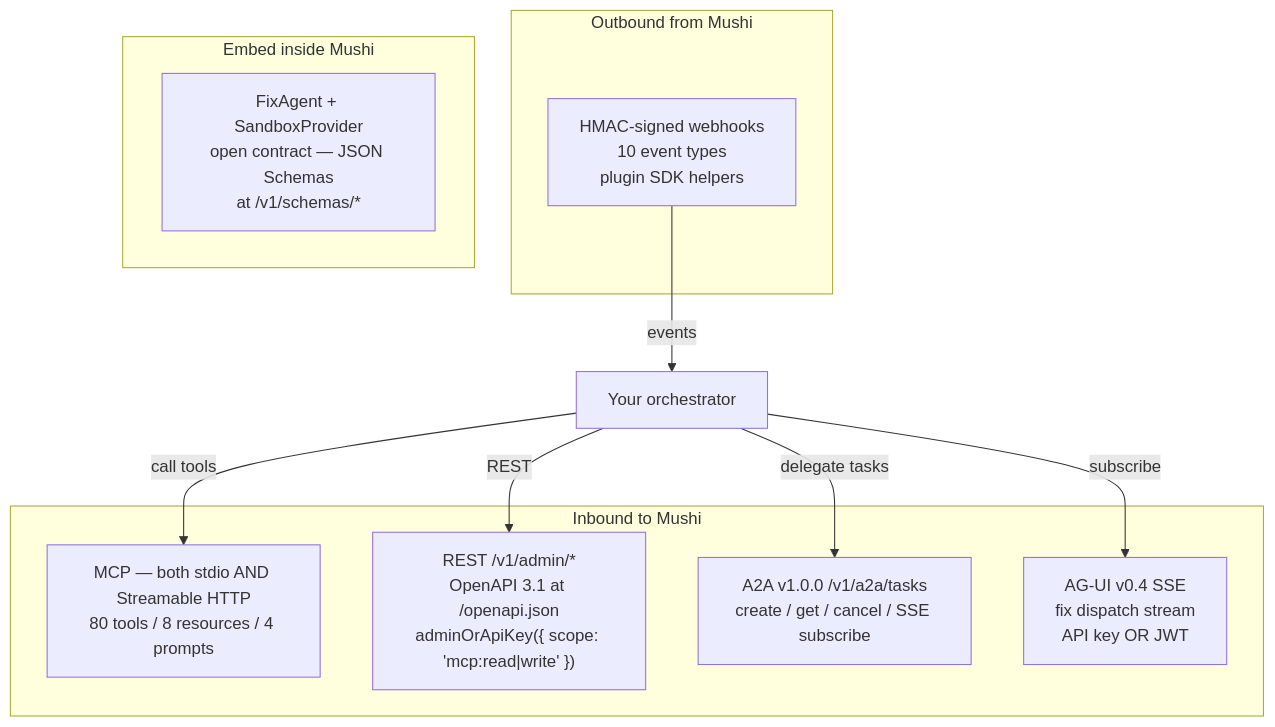
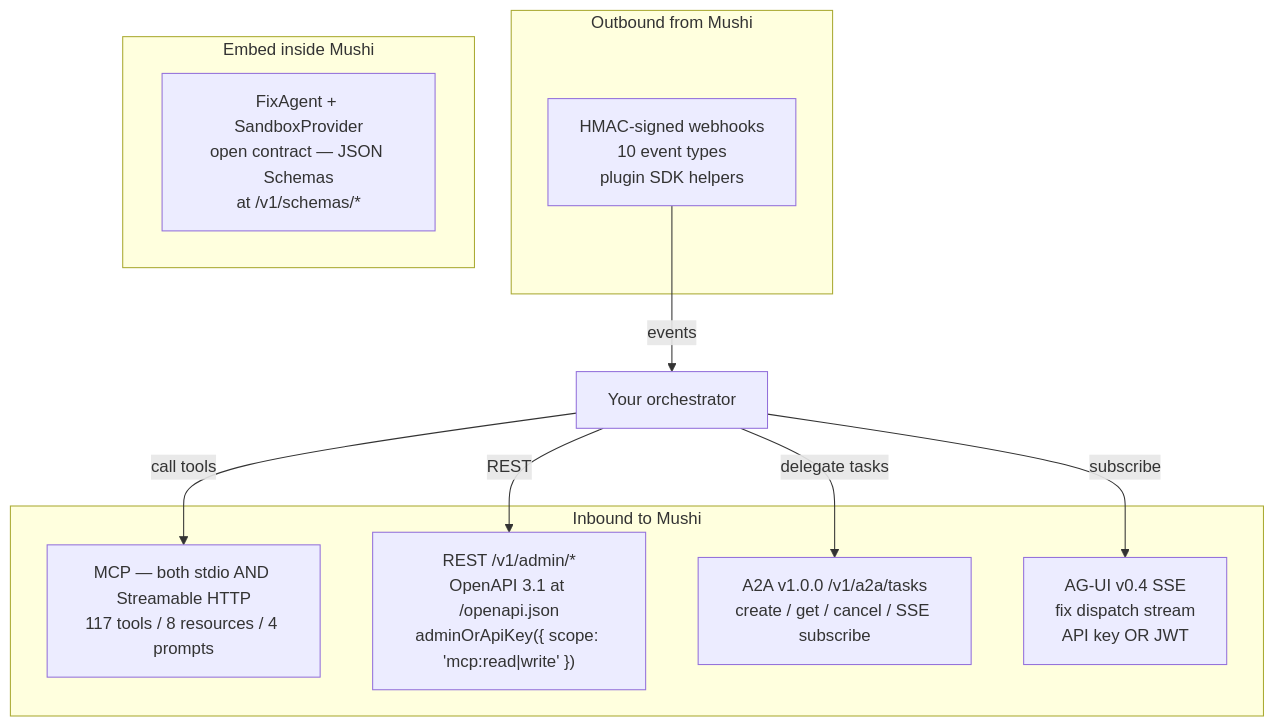
Before and after one commit to kensaurus/mushi-mushi: the diagram in apps/docs/content/concepts/orchestrator-interop.mdx, drawn with Mermaid. The commit also changed other lines of this file and 917 other files, not shown here.

````diff
--- a/apps/docs/content/concepts/orchestrator-interop.mdx
+++ b/apps/docs/content/concepts/orchestrator-interop.mdx
@@ -32,20 +32,20 @@
 ```mermaid
 flowchart TB
   subgraph Inbound["Inbound to Mushi"]
-    MCP["MCP — both stdio AND Streamable HTTP<br/>80 tools / 8 resources / 4 prompts"]
+    MCP["MCP — both stdio AND Streamable HTTP<br/>117 tools / 8 resources / 4 prompts"]
     REST["REST /v1/admin/*<br/>OpenAPI 3.1 at /openapi.json<br/>adminOrApiKey({ scope: 'mcp:read|write' })"]
     A2A["A2A v1.0.0 /v1/a2a/tasks<br/>create / get / cancel / SSE subscribe"]
     AGUI["AG-UI v0.4 SSE<br/>fix dispatch stream<br/>API key OR JWT"]
   end
   subgraph Outbound["Outbound from Mushi"]
     Hooks["HMAC-signed webhooks<br/>10 event types<br/>plugin SDK helpers"]
   end
   subgraph Native["Embed inside Mushi"]
     FA["FixAgent + SandboxProvider<br/>open contract — JSON Schemas<br/>at /v1/schemas/*"]
   end
   Orch["Your orchestrator"] -->|"call tools"| MCP
   Orch -->|"REST"| REST
   Orch -->|"delegate tasks"| A2A
   Orch -->|"subscribe"| AGUI
   Hooks -->|"events"| Orch
 ```
````
